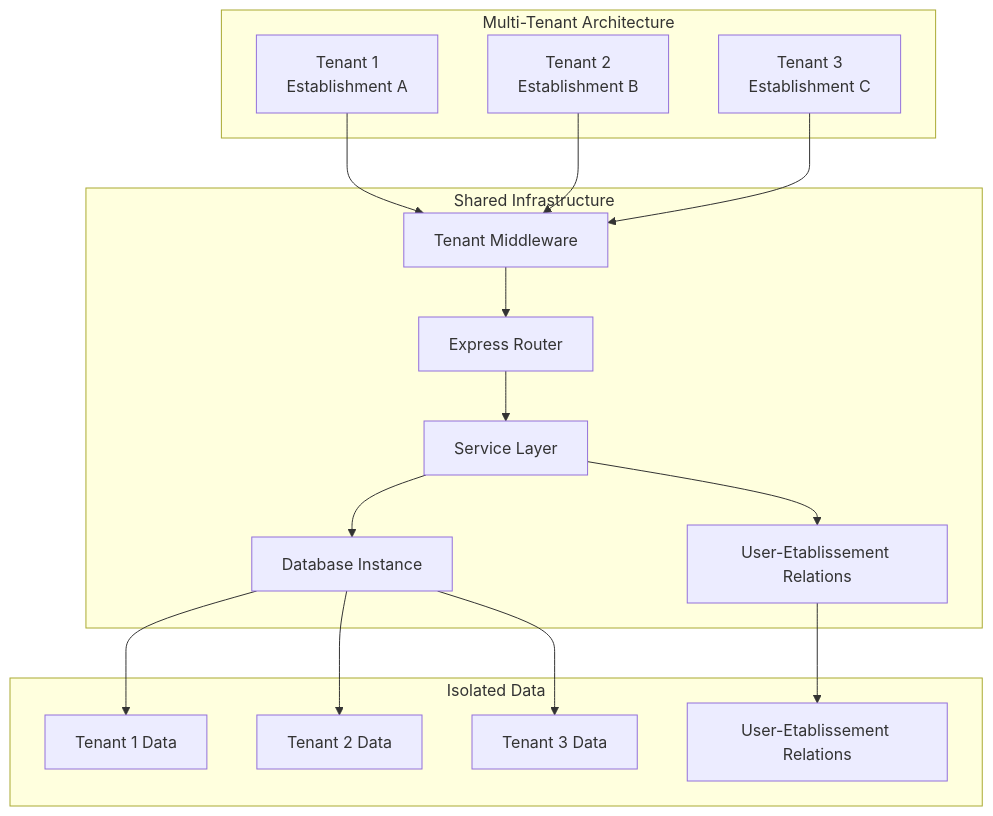
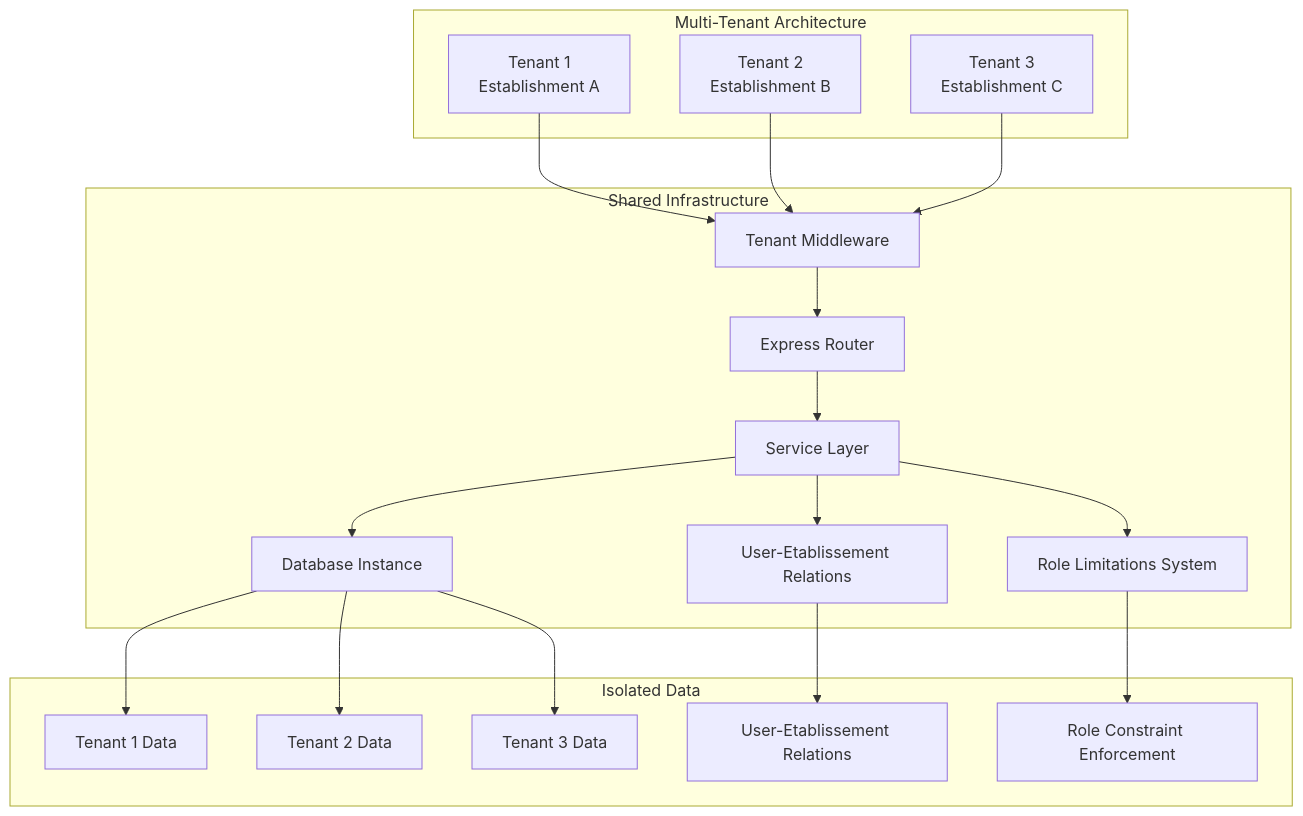
One commit to franckylab/eLISAschool changed the first of 18 diagrams in .qoder/repowiki/en/content/Modules & Features/Administrative Modules/Establishment Management.md. Above: the diagram before and after it, drawn with Mermaid. The commit also changed other lines of this file and 67 other files, not shown here.

````diff
--- a/.qoder/repowiki/en/content/Modules & Features/Administrative Modules/Establishment Management.md
+++ b/.qoder/repowiki/en/content/Modules & Features/Administrative Modules/Establishment Management.md
@@ -57,32 +61,36 @@
 ```mermaid
 graph TB
 subgraph "Multi-Tenant Architecture"
 Tenant1["Tenant 1<br/>Establishment A"]
 Tenant2["Tenant 2<br/>Establishment B"]
 Tenant3["Tenant 3<br/>Establishment C"]
 end
 subgraph "Shared Infrastructure"
 Middleware["Tenant Middleware"]
 Router["Express Router"]
 ServiceLayer["Service Layer"]
 DB["Database Instance"]
+RoleLimitations["Role Limitations System"]
 UserEtab["User-Etablissement Relations"]
 end
 subgraph "Isolated Data"
 Data1["Tenant 1 Data"]
 Data2["Tenant 2 Data"]
 Data3["Tenant 3 Data"]
 UserRelations["User-Etablissement Relations"]
+RoleConstraints["Role Constraint Enforcement"]
 end
 Tenant1 --> Middleware
 Tenant2 --> Middleware
 Tenant3 --> Middleware
 Middleware --> Router
 Router --> ServiceLayer
 ServiceLayer --> DB
+ServiceLayer --> RoleLimitations
 ServiceLayer --> UserEtab
 DB --> Data1
 DB --> Data2
 DB --> Data3
 UserEtab --> UserRelations
+RoleLimitations --> RoleConstraints
 ```
````
